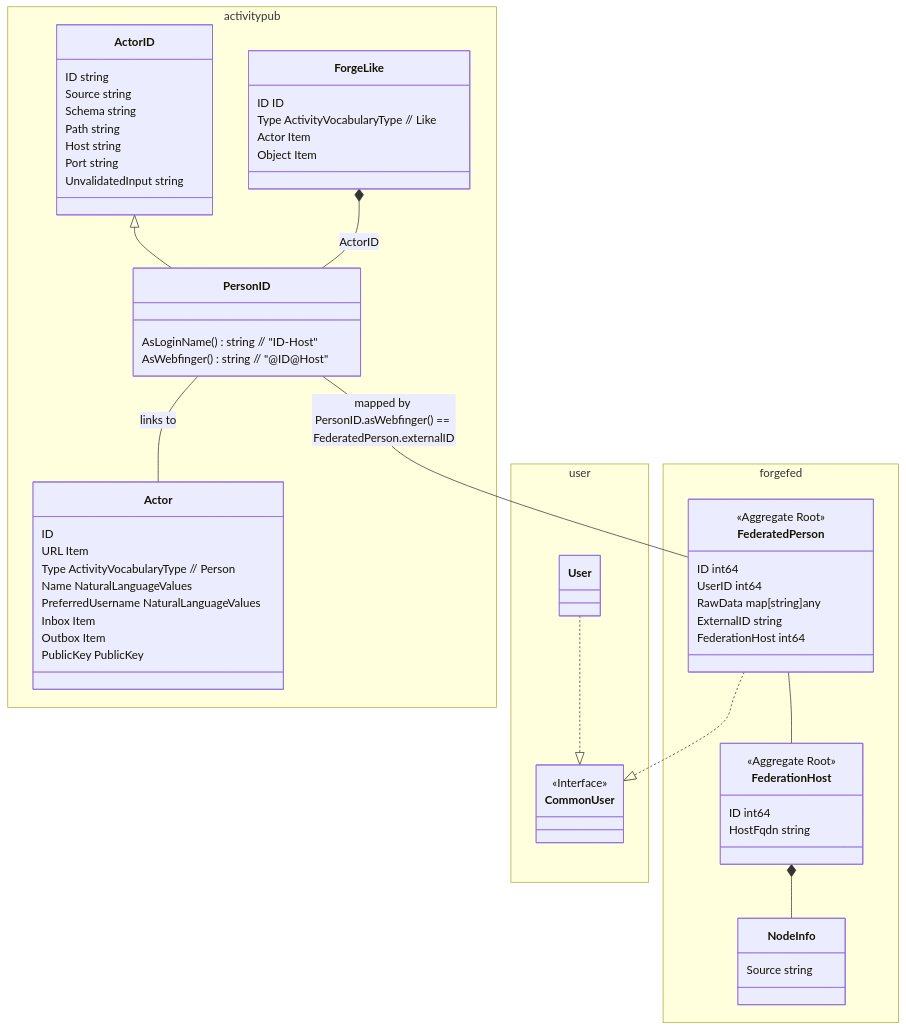
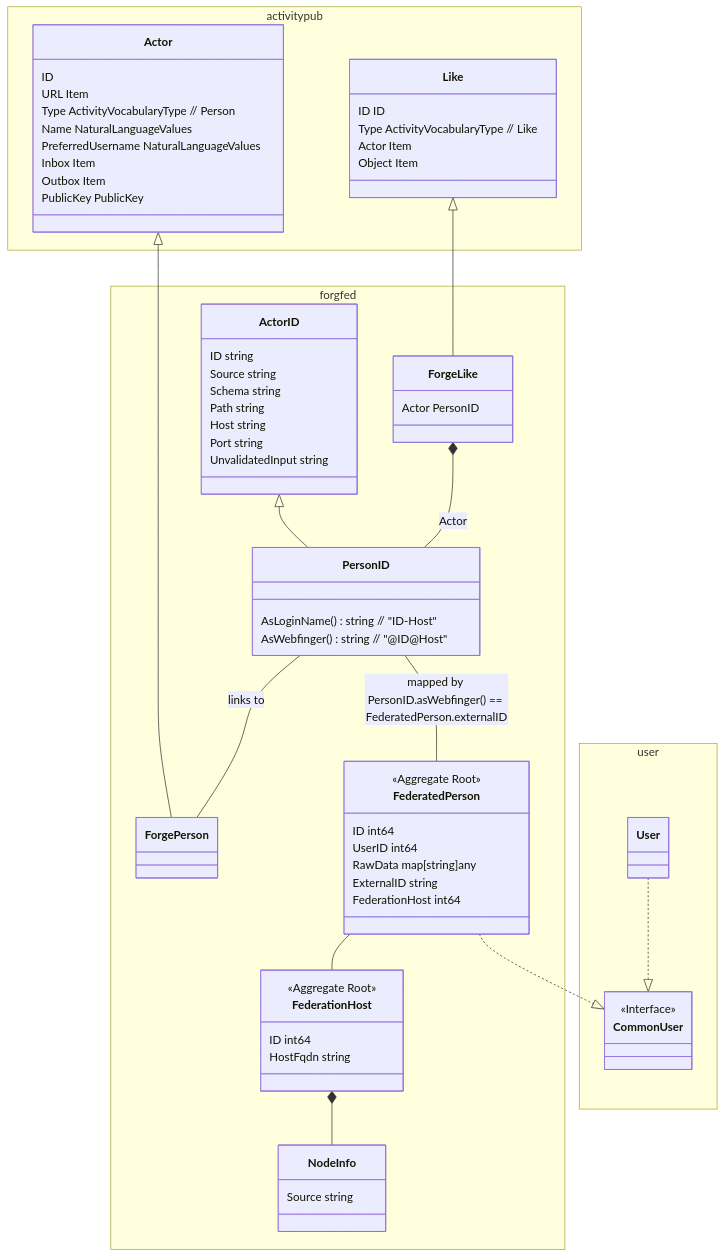
The fourth of 4 diagrams in docs/unsure-where-to-put/adr-map-federated-person.md (yonasBSD/forgejo), drawn with Mermaid before and after one commit. The commit also changed other lines of this file, not shown here.

Commit message:
make class diagram more accurate

````diff
--- a/docs/unsure-where-to-put/adr-map-federated-person.md
+++ b/docs/unsure-where-to-put/adr-map-federated-person.md
@@ -358,73 +388,82 @@
 ```mermaid
 classDiagram
   namespace activitypub {
-    class ForgeLike {
+    class Like {
       ID ID
       Type ActivityVocabularyType // Like
       Actor Item
       Object Item
     }
     class Actor {
       ID
       URL Item
       Type ActivityVocabularyType // Person
       Name NaturalLanguageValues
       PreferredUsername NaturalLanguageValues
       Inbox Item
       Outbox Item
       PublicKey PublicKey
     }
+  }
+
+  namespace forgfed {
+    class ForgePerson {
+    }
+    class ForgeLike {
+      Actor PersonID
+    }
     class ActorID {
       ID               string
       Source           string
       Schema           string
       Path             string
       Host             string
       Port             string
       UnvalidatedInput string
     }
     class PersonID {
       AsLoginName() string // "ID-Host"
       AsWebfinger() string // "@ID@Host"
     }
-  }
-
-  ActorID <|-- PersonID
-  ForgeLike *-- PersonID: ActorID
-  PersonID -- Actor: links to
-
-  namespace user {
-    class CommonUser {
-      <<Interface>>
-    }
-    class User {
-      
-    }    
-  }
-  User ..<| CommonUser 
-  
-  namespace forgefed {
     class FederatedPerson {
       <<Aggregate Root>>
       ID         int64
       UserID     int64
       RawData    map[string]any
       ExternalID   string
       FederationHost int64
     }
     
     class FederationHost {
       <<Aggregate Root>>
       ID int64
       HostFqdn string
     }
 
     class NodeInfo {
       Source string
     }
   }
+
+  namespace user {
+    class CommonUser {
+      <<Interface>>
+    }
+    class User {
+      
+    }    
+  }
+  User ..<| CommonUser
+
+  Actor <|-- ForgePerson
+  Like <|-- ForgeLike
+
+  ActorID <|-- PersonID
+  ForgeLike *-- PersonID: Actor
+  
+  PersonID -- ForgePerson: links to
   PersonID -- FederatedPerson : mapped by PersonID.asWebfinger() == FederatedPerson.externalID
   FederationHost *-- NodeInfo
   FederatedPerson -- FederationHost
   FederatedPerson ..<| CommonUser  
 ```
````
